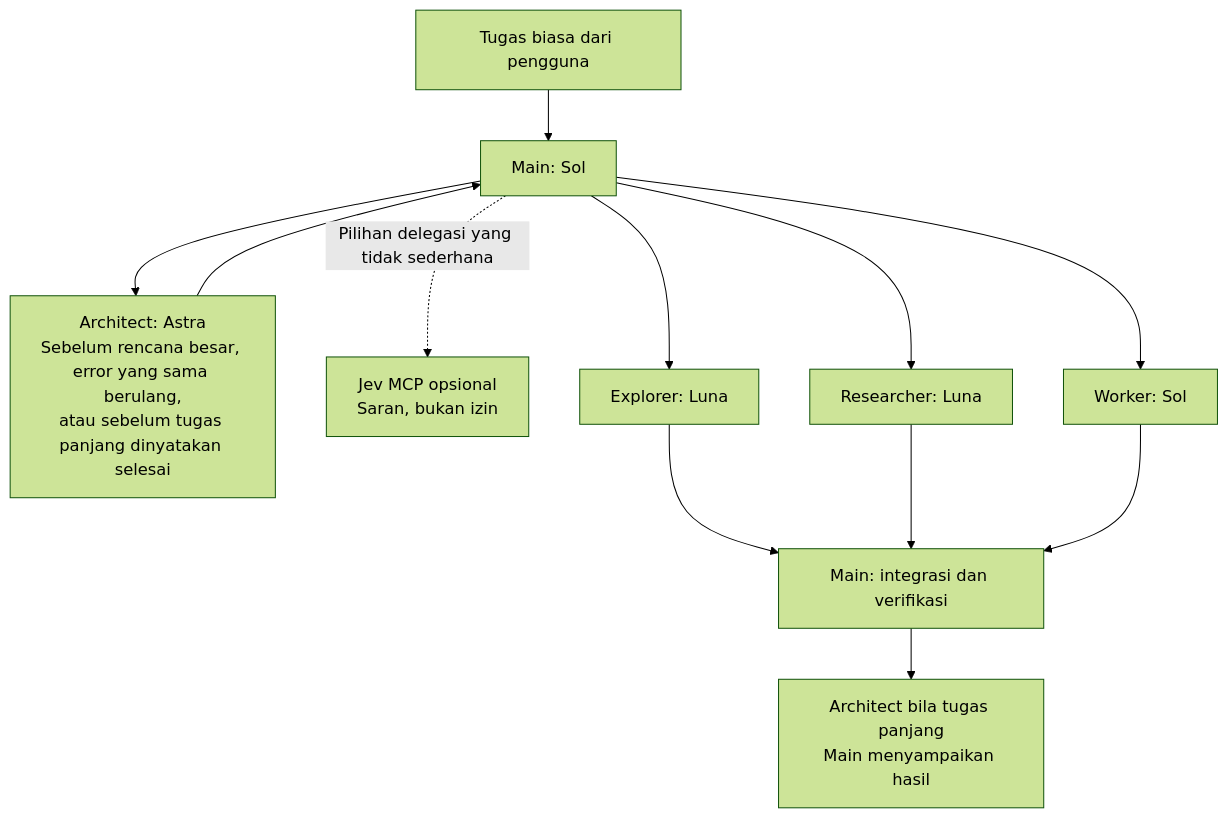
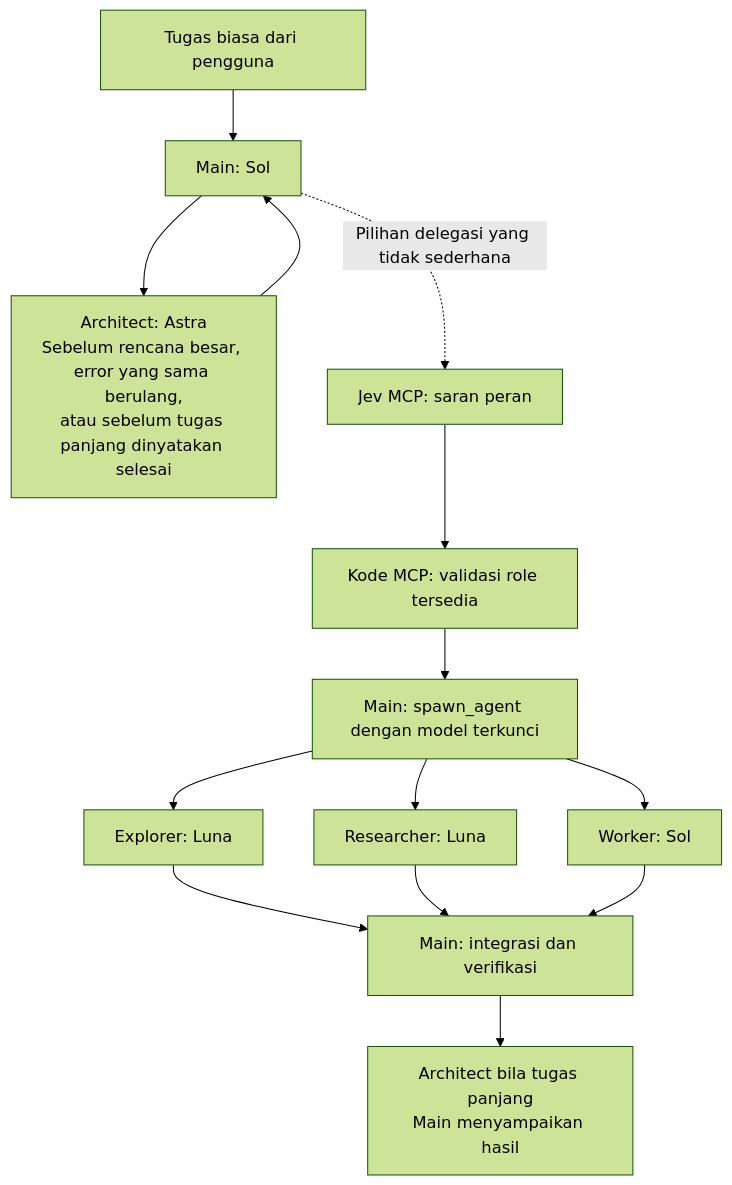
Before and after one commit to badriawan/codex-agent-kit: the diagram in README.md, drawn with Mermaid (forest theme). The commit also changed other lines of this file and 12 other files, not shown here.

Commit message:
Adopt Jev 1.14 role-only subagent workflow

````diff
--- a/README.md
+++ b/README.md
@@ -16,14 +16,16 @@
 ```mermaid
 flowchart TD
     User[Tugas biasa dari pengguna] --> Main[Main: Sol]
     Main --> Architect[Architect: Astra\nSebelum rencana besar, error yang sama berulang,\natau sebelum tugas panjang dinyatakan selesai]
     Architect --> Main
-    Main -. Pilihan delegasi yang tidak sederhana .-> Jev[Jev MCP opsional\nSaran, bukan izin]
-    Main --> Explorer[Explorer: Luna]
-    Main --> Researcher[Researcher: Luna]
-    Main --> Worker[Worker: Sol]
+    Main -. Pilihan delegasi yang tidak sederhana .-> Jev[Jev MCP: saran peran]
+    Jev --> Validate[Kode MCP: validasi role tersedia]
+    Validate --> Spawn[Main: spawn_agent dengan model terkunci]
+    Spawn --> Explorer[Explorer: Luna]
+    Spawn --> Researcher[Researcher: Luna]
+    Spawn --> Worker[Worker: Sol]
     Explorer --> Verify[Main: integrasi dan verifikasi]
     Researcher --> Verify
     Worker --> Verify
     Verify --> Final[Architect bila tugas panjang\nMain menyampaikan hasil]
 ```
````
